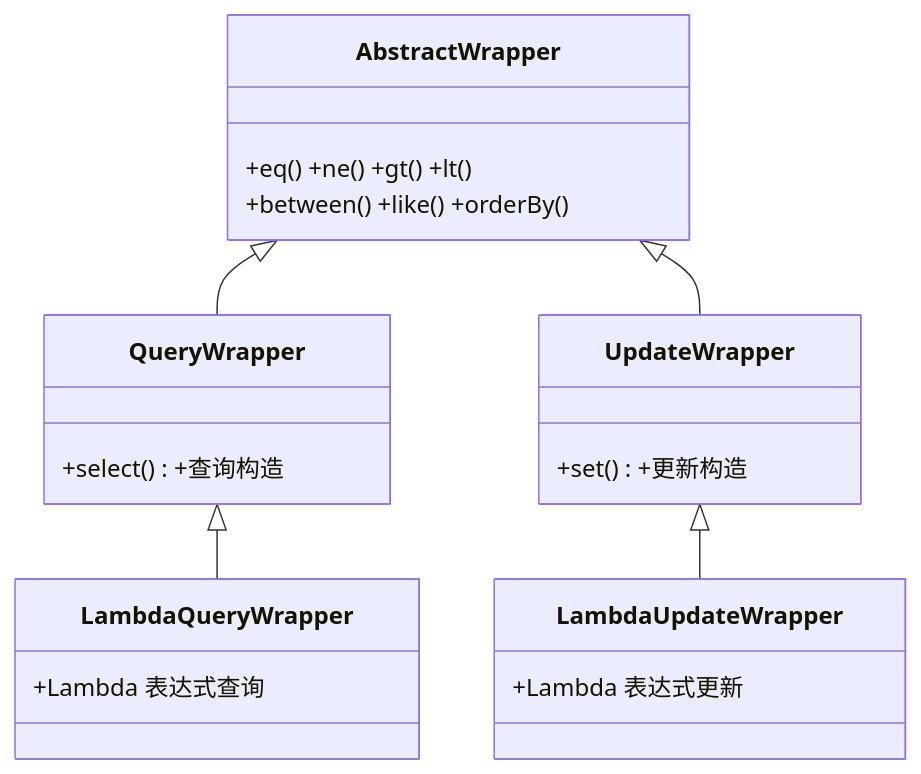
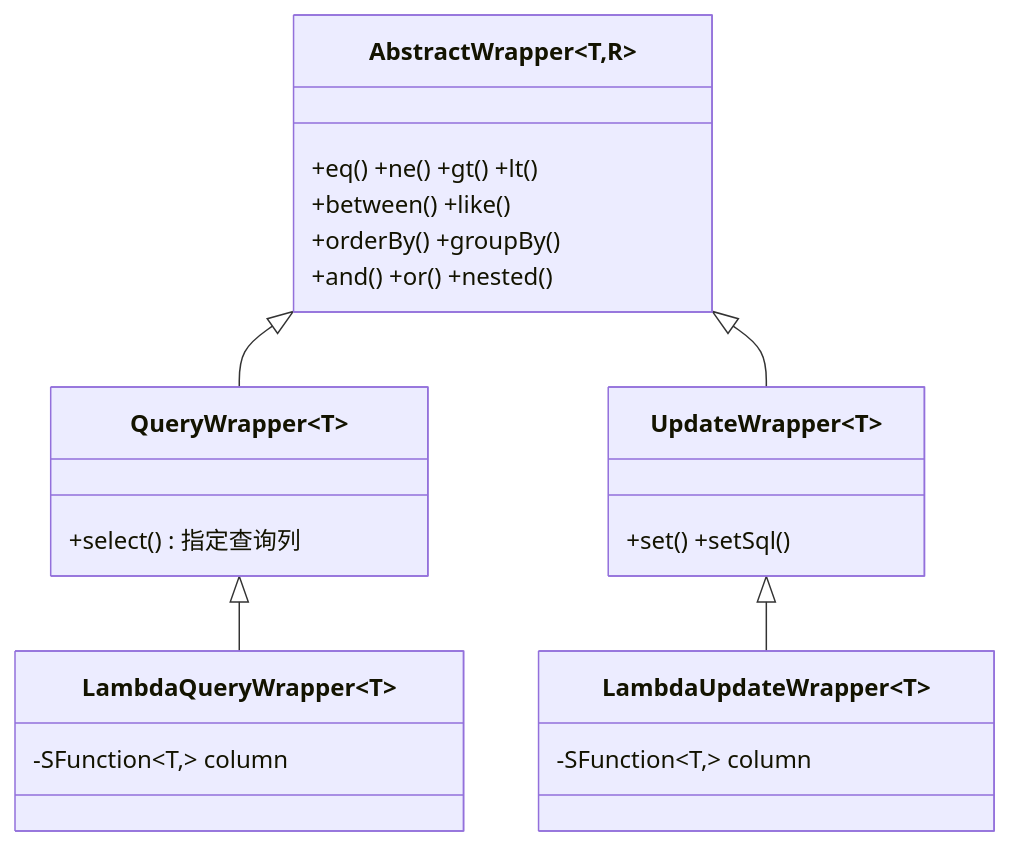
One commit to wb04307201/wb04307201 changed the diagram in note/04.spring-backend/04-data/mybatis/04-mybatis-plus/03-wrapper-system.md. Above: the diagram before and after it, drawn with Mermaid. The commit also changed other lines of this file, not shown here.

Commit message:
refactor(04-mybatis-plus): 03-wrapper-system - 补一句话定位 + 决策树 + Mermaid 类图 + 4 反例 + 5 反模式

````diff
--- a/note/04.spring-backend/04-data/mybatis/04-mybatis-plus/03-wrapper-system.md
+++ b/note/04.spring-backend/04-data/mybatis/04-mybatis-plus/03-wrapper-system.md
@@ -16,23 +22,25 @@
 ```mermaid
 classDiagram
-    class AbstractWrapper {
+    class AbstractWrapper~T,R~ {
         +eq() +ne() +gt() +lt()
-        +between() +like() +orderBy()
+        +between() +like()
+        +orderBy() +groupBy()
+        +and() +or() +nested()
     }
-    class QueryWrapper {
-        +select() +查询构造
+    class QueryWrapper~T~ {
+        +select() 指定查询列
     }
-    class UpdateWrapper {
-        +set() +更新构造
+    class UpdateWrapper~T~ {
+        +set() +setSql()
     }
-    class LambdaQueryWrapper {
-        +Lambda 表达式查询
+    class LambdaQueryWrapper~T~ {
+        -SFunction~T,~ column
     }
-    class LambdaUpdateWrapper {
-        +Lambda 表达式更新
+    class LambdaUpdateWrapper~T~ {
+        -SFunction~T,~ column
     }
     AbstractWrapper <|-- QueryWrapper
     AbstractWrapper <|-- UpdateWrapper
     QueryWrapper <|-- LambdaQueryWrapper
     UpdateWrapper <|-- LambdaUpdateWrapper
 ```
````
